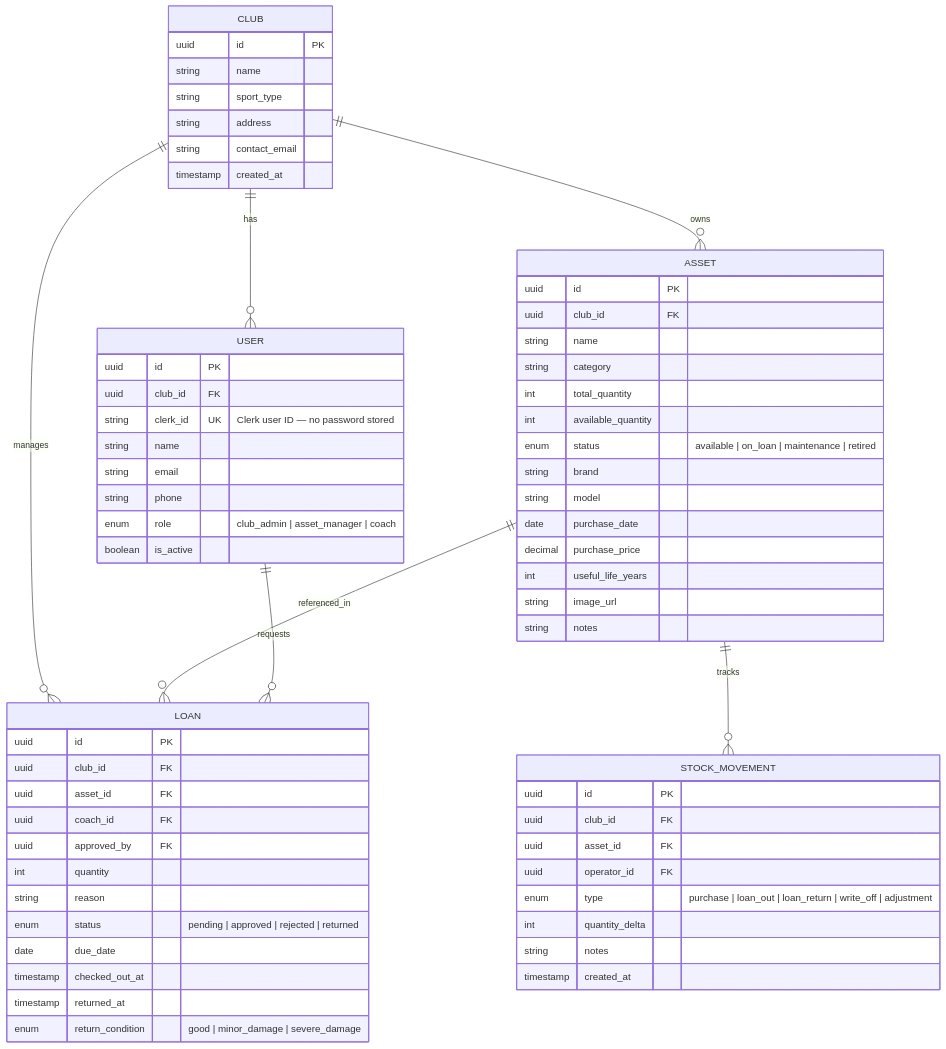
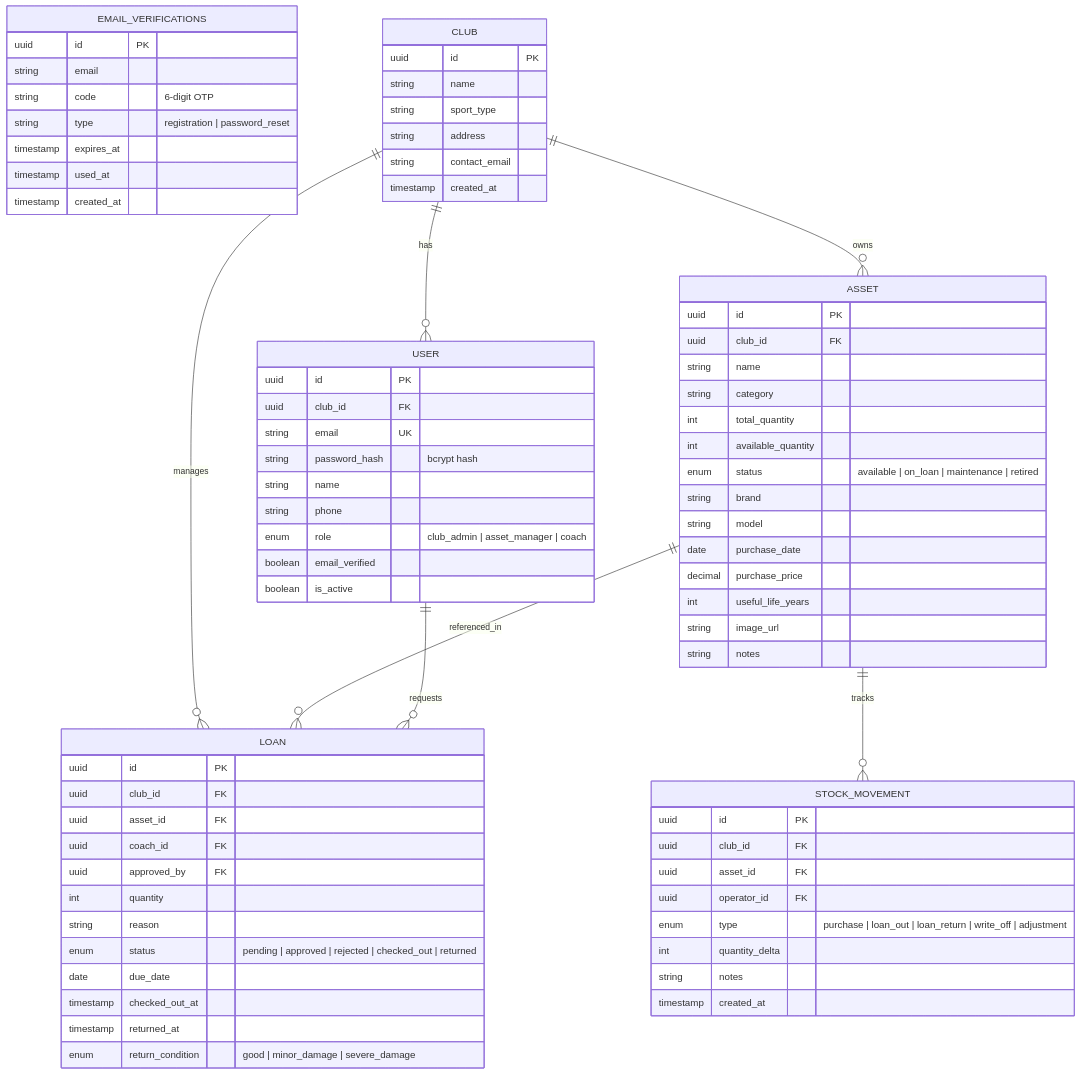
One commit to Hansenyao/sportstock changed the second of 8 diagrams in docs/system-design.md. Above: the diagram before and after it, drawn with Mermaid. The commit also changed other lines of this file and 29 other files, not shown here.

````diff
--- a/docs/system-design.md
+++ b/docs/system-design.md
@@ -62,5 +64,15 @@
 ```mermaid
 erDiagram
+    EMAIL_VERIFICATIONS {
+        uuid id PK
+        string email
+        string code "6-digit OTP"
+        string type "registration | password_reset"
+        timestamp expires_at
+        timestamp used_at
+        timestamp created_at
+    }
+
     CLUB {
         uuid id PK
         string name
@@ -73,11 +85,12 @@
     USER {
         uuid id PK
         uuid club_id FK
-        string clerk_id UK "Clerk user ID — no password stored"
+        string email UK
+        string password_hash "bcrypt hash"
         string name
-        string email
         string phone
         enum role "club_admin | asset_manager | coach"
+        boolean email_verified
         boolean is_active
     }
 
@@ -106,7 +119,7 @@
         uuid approved_by FK
         int quantity
         string reason
-        enum status "pending | approved | rejected | returned"
+        enum status "pending | approved | rejected | checked_out | returned"
         date due_date
         timestamp checked_out_at
         timestamp returned_at
````
